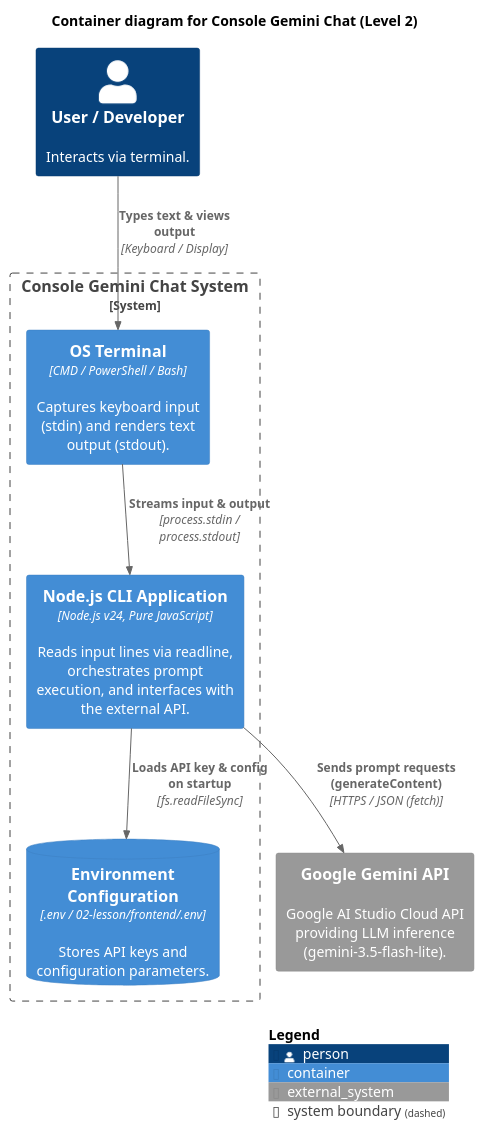
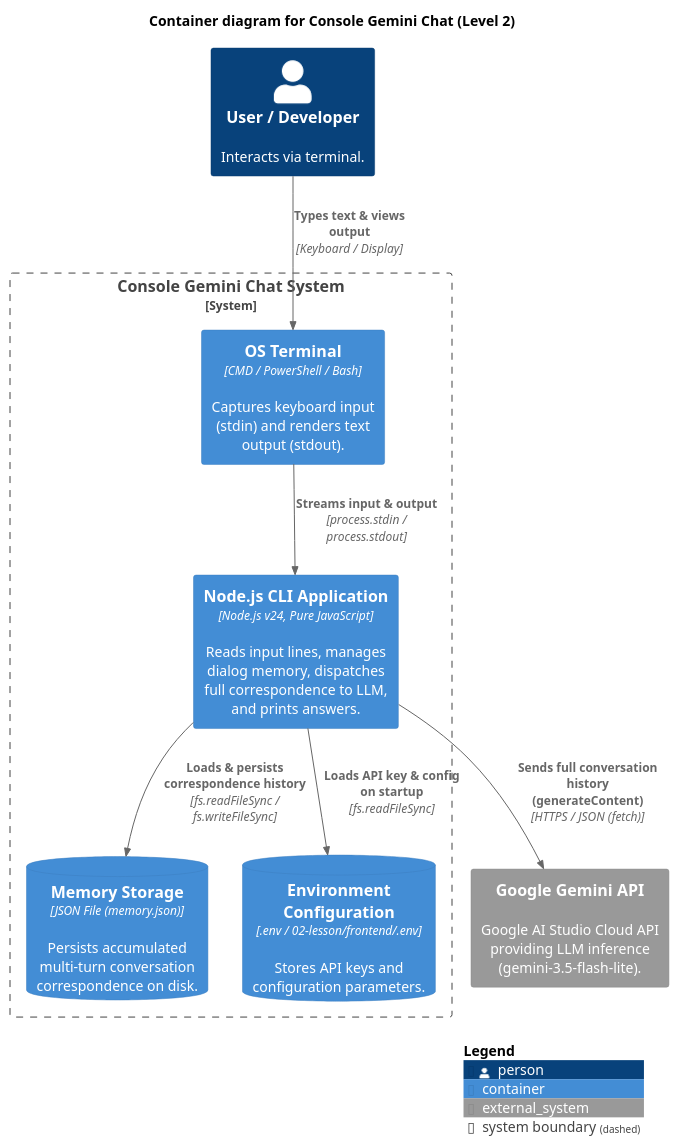
One commit to den987655/fullstack-vibecoder-bot changed the diagram in console-chat/docs/c4-model/level2-container.puml. Above: the diagram before and after it, drawn with PlantUML. The commit also changed 8 other files, not shown here.

Commit message:
feat: accumulate conversation history, persist memory on disk, update C4 diagrams

```diff
--- a/console-chat/docs/c4-model/level2-container.puml
+++ b/console-chat/docs/c4-model/level2-container.puml
@@ -1,22 +1,24 @@
 @startuml
 !include https://raw.githubusercontent.com/plantuml-stdlib/C4-PlantUML/master/C4_Container.puml
 
 title Container diagram for Console Gemini Chat (Level 2)
 
 Person(user, "User / Developer", "Interacts via terminal.")
 
 System_Ext(geminiAPI, "Google Gemini API", "Google AI Studio Cloud API providing LLM inference (gemini-3.5-flash-lite).")
 
 System_Boundary(chatBoundary, "Console Gemini Chat System") {
     Container(terminal, "OS Terminal", "CMD / PowerShell / Bash", "Captures keyboard input (stdin) and renders text output (stdout).")
-    Container(cliApp, "Node.js CLI Application", "Node.js v24, Pure JavaScript", "Reads input lines via readline, orchestrates prompt execution, and interfaces with the external API.")
+    Container(cliApp, "Node.js CLI Application", "Node.js v24, Pure JavaScript", "Reads input lines, manages dialog memory, dispatches full correspondence to LLM, and prints answers.")
+    ContainerDb(memoryStore, "Memory Storage", "JSON File (memory.json)", "Persists accumulated multi-turn conversation correspondence on disk.")
     ContainerDb(envFile, "Environment Configuration", ".env / 02-lesson/frontend/.env", "Stores API keys and configuration parameters.")
 }
 
 Rel(user, terminal, "Types text & views output", "Keyboard / Display")
 Rel(terminal, cliApp, "Streams input & output", "process.stdin / process.stdout")
+Rel(cliApp, memoryStore, "Loads & persists correspondence history", "fs.readFileSync / fs.writeFileSync")
 Rel(cliApp, envFile, "Loads API key & config on startup", "fs.readFileSync")
-Rel(cliApp, geminiAPI, "Sends prompt requests (generateContent)", "HTTPS / JSON (fetch)")
+Rel(cliApp, geminiAPI, "Sends full conversation history (generateContent)", "HTTPS / JSON (fetch)")
 
 SHOW_LEGEND()
 @enduml
```
